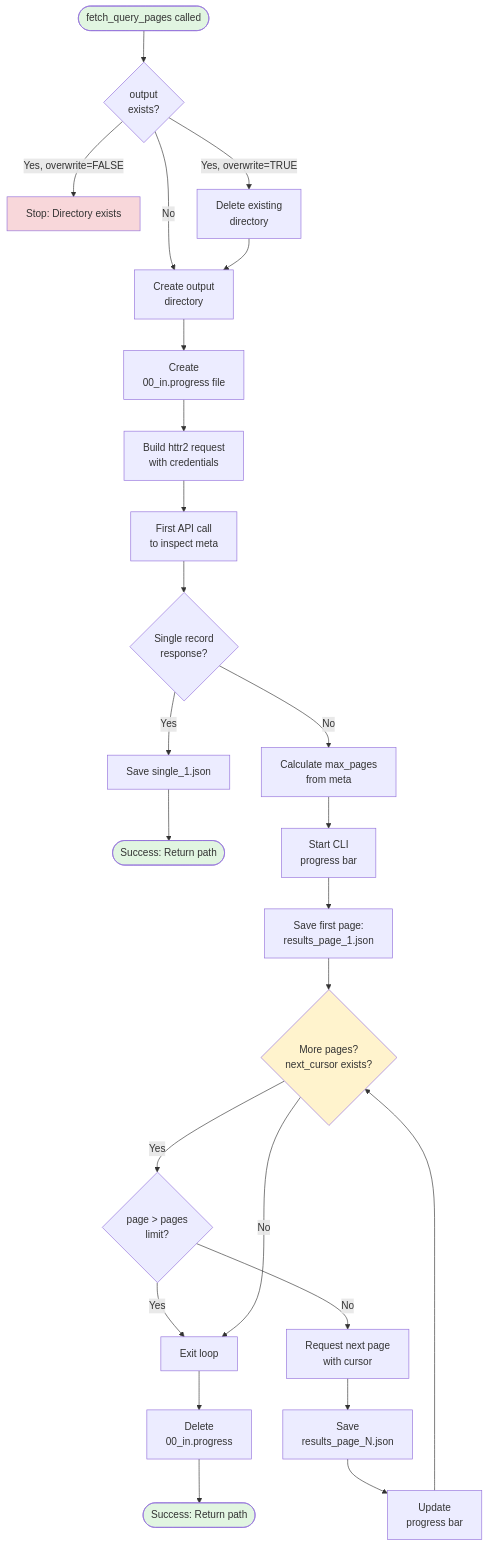
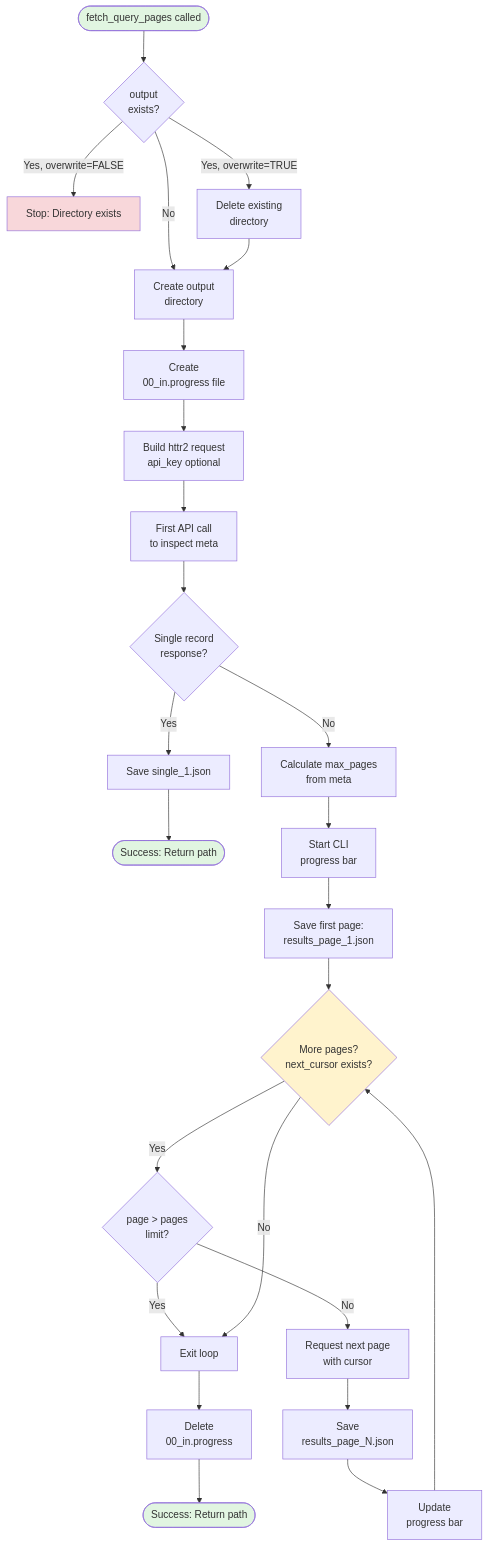
Before and after one commit to rkrug/openalexPro: the second of 8 diagrams in vignettes/pro_request.qmd, drawn with Mermaid. The commit also changed other lines of this file and 56 other files, not shown here.

````diff
--- a/vignettes/pro_request.qmd
+++ b/vignettes/pro_request.qmd
@@ -230,41 +240,41 @@
 ```{mermaid}
 flowchart TD
     Start([fetch_query_pages called]) --> CheckOutput{output<br/>exists?}
 
     CheckOutput -->|Yes, overwrite=FALSE| ErrorExists[Stop: Directory exists]
     CheckOutput -->|Yes, overwrite=TRUE| DeleteDir[Delete existing<br/>directory]
     CheckOutput -->|No| CreateDir[Create output<br/>directory]
 
     DeleteDir --> CreateDir
     CreateDir --> CreateProgress[Create<br/>00_in.progress file]
-    CreateProgress --> BuildRequest[Build httr2 request<br/>with credentials]
+    CreateProgress --> BuildRequest[Build httr2 request<br/>api_key optional]
 
     BuildRequest --> FirstRequest[First API call<br/>to inspect meta]
     FirstRequest --> CheckSingle{Single record<br/>response?}
 
     CheckSingle -->|Yes| SaveSingle[Save single_1.json]
     SaveSingle --> Success1([Success: Return path])
 
     CheckSingle -->|No| CalcMaxPages[Calculate max_pages<br/>from meta]
     CalcMaxPages --> StartProgress[Start CLI<br/>progress bar]
     StartProgress --> SaveFirst[Save first page:<br/>results_page_1.json]
 
     SaveFirst --> PageLoop{More pages?<br/>next_cursor exists?}
 
     PageLoop -->|Yes| CheckLimit{page > pages<br/>limit?}
     CheckLimit -->|Yes| Done[Exit loop]
     CheckLimit -->|No| NextRequest[Request next page<br/>with cursor]
     NextRequest --> SavePage[Save<br/>results_page_N.json]
     SavePage --> UpdateProgress[Update<br/>progress bar]
     UpdateProgress --> PageLoop
 
     PageLoop -->|No| Done
     Done --> DeleteProgressFile[Delete<br/>00_in.progress]
     DeleteProgressFile --> Success2([Success: Return path])
 
     style Start fill:#e1f5e1
     style Success1 fill:#e1f5e1
     style Success2 fill:#e1f5e1
     style ErrorExists fill:#f8d7da
     style PageLoop fill:#fff3cd
 ```
````
